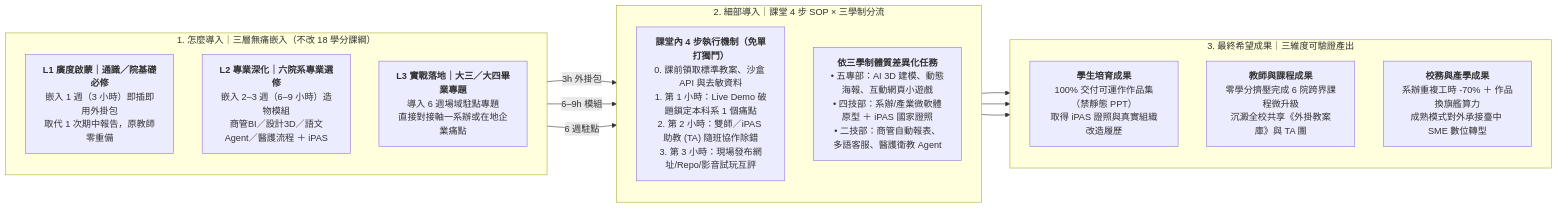
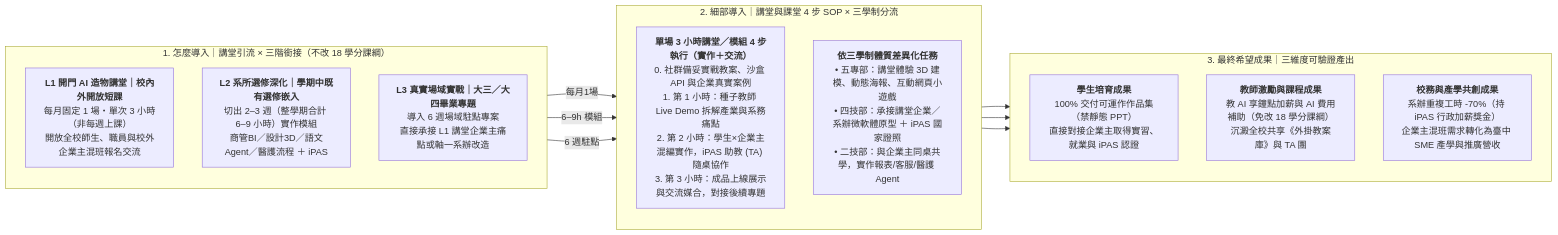
Before and after one commit to nutcelvischen-jpg/nutc-ai-open-door: the second of 4 diagrams in README.md, drawn with Mermaid. The commit also changed other lines of this file and 2 other files, not shown here.

````diff
--- a/README.md
+++ b/README.md
@@ -44,29 +44,29 @@
 ```mermaid
 flowchart LR
-    subgraph ENTRY["1. 怎麼導入｜三層無痛嵌入（不改 18 學分課綱）"]
+    subgraph ENTRY["1. 怎麼導入｜講堂引流 × 三階銜接（不改 18 學分課綱）"]
         direction TB
-        E_L1["<b>L1 廣度啟蒙｜通識／院基礎必修</b><br/>嵌入 1 週（3 小時）即插即用外掛包<br/>取代 1 次期中報告，原教師零重備"]
-        E_L2["<b>L2 專業深化｜六院系專業選修</b><br/>嵌入 2–3 週（6–9 小時）造物模組<br/>商管BI／設計3D／語文Agent／醫護流程 ＋ iPAS"]
-        E_L3["<b>L3 實戰落地｜大三／大四畢業專題</b><br/>導入 6 週場域駐點專題<br/>直接對接軸一系辦或在地企業痛點"]
+        E_L1["<b>L1 開門 AI 造物講堂｜校內外開放短課</b><br/>每月固定 1 場・單次 3 小時（非每週上課）<br/>開放全校師生、職員與校外企業主混班報名交流"]
+        E_L2["<b>L2 系所選修深化｜學期中既有選修嵌入</b><br/>切出 2–3 週（整學期合計 6–9 小時）實作模組<br/>商管BI／設計3D／語文Agent／醫護流程 ＋ iPAS"]
+        E_L3["<b>L3 真實場域實戰｜大三／大四畢業專題</b><br/>導入 6 週場域駐點專案<br/>直接承接 L1 講堂企業主痛點或軸一系辦改造"]
     end
 
-    subgraph DETAIL["2. 細部導入｜課堂 4 步 SOP × 三學制分流"]
+    subgraph DETAIL["2. 細部導入｜講堂與課堂 4 步 SOP × 三學制分流"]
         direction TB
-        SOP["<b>課堂內 4 步執行機制（免單打獨鬥）</b><br/>0. 課前領取標準教案、沙盒 API 與去敏資料<br/>1. 第 1 小時：Live Demo 破題鎖定本科系 1 個痛點<br/>2. 第 2 小時：雙師／iPAS 助教 (TA) 隨班協作除錯<br/>3. 第 3 小時：現場發布網址/Repo/影音試玩互評"]
-        TRK["<b>依三學制體質差異化任務</b><br/>• 五專部：AI 3D 建模、動態海報、互動網頁小遊戲<br/>• 四技部：系辦/產業微軟體原型 ＋ iPAS 國家證照<br/>• 二技部：商管自動報表、多語客服、醫護衛教 Agent"]
+        SOP["<b>單場 3 小時講堂／模組 4 步執行（實作＋交流）</b><br/>0. 社群備妥實戰教案、沙盒 API 與企業真實案例<br/>1. 第 1 小時：種子教師 Live Demo 拆解產業與系務痛點<br/>2. 第 2 小時：學生×企業主混編實作，iPAS 助教 (TA) 隨桌協作<br/>3. 第 3 小時：成品上線展示與交流媒合，對接後續專題"]
+        TRK["<b>依三學制體質差異化任務</b><br/>• 五專部：講堂體驗 3D 建模、動態海報、互動網頁小遊戲<br/>• 四技部：承接講堂企業／系辦微軟體原型 ＋ iPAS 國家證照<br/>• 二技部：與企業主同桌共學，實作報表/客服/醫護 Agent"]
     end
 
     subgraph OUT["3. 最終希望成果｜三維度可驗證產出"]
         direction TB
-        O_STU["<b>學生培育成果</b><br/>100% 交付可運作作品集（禁靜態 PPT）<br/>取得 iPAS 證照與真實組織改造履歷"]
-        O_TEA["<b>教師與課程成果</b><br/>零學分擠壓完成 6 院跨界課程微升級<br/>沉澱全校共享《外掛教案庫》與 TA 團"]
-        O_SCH["<b>校務與產學成果</b><br/>系辦重複工時 -70% ＋ 作品換旗艦算力<br/>成熟模式對外承接臺中 SME 數位轉型"]
+        O_STU["<b>學生培育成果</b><br/>100% 交付可運作作品集（禁靜態 PPT）<br/>直接對接企業主取得實習、就業與 iPAS 認證"]
+        O_TEA["<b>教師激勵與課程成果</b><br/>教 AI 享鐘點加薪與 AI 費用補助（免改 18 學分課綱）<br/>沉澱全校共享《外掛教案庫》與 TA 團"]
+        O_SCH["<b>校務與產學共創成果</b><br/>系辦重複工時 -70%（持 iPAS 行政加薪獎金）<br/>企業主混班需求轉化為臺中 SME 產學與推廣營收"]
     end
 
-    E_L1 -->|"3h 外掛包"| SOP
+    E_L1 -->|"每月1場"| SOP
     E_L2 -->|"6–9h 模組"| SOP
     E_L3 -->|"6 週駐點"| TRK
     SOP --> O_STU
     SOP --> O_TEA
     TRK --> O_SCH
 ```
````
